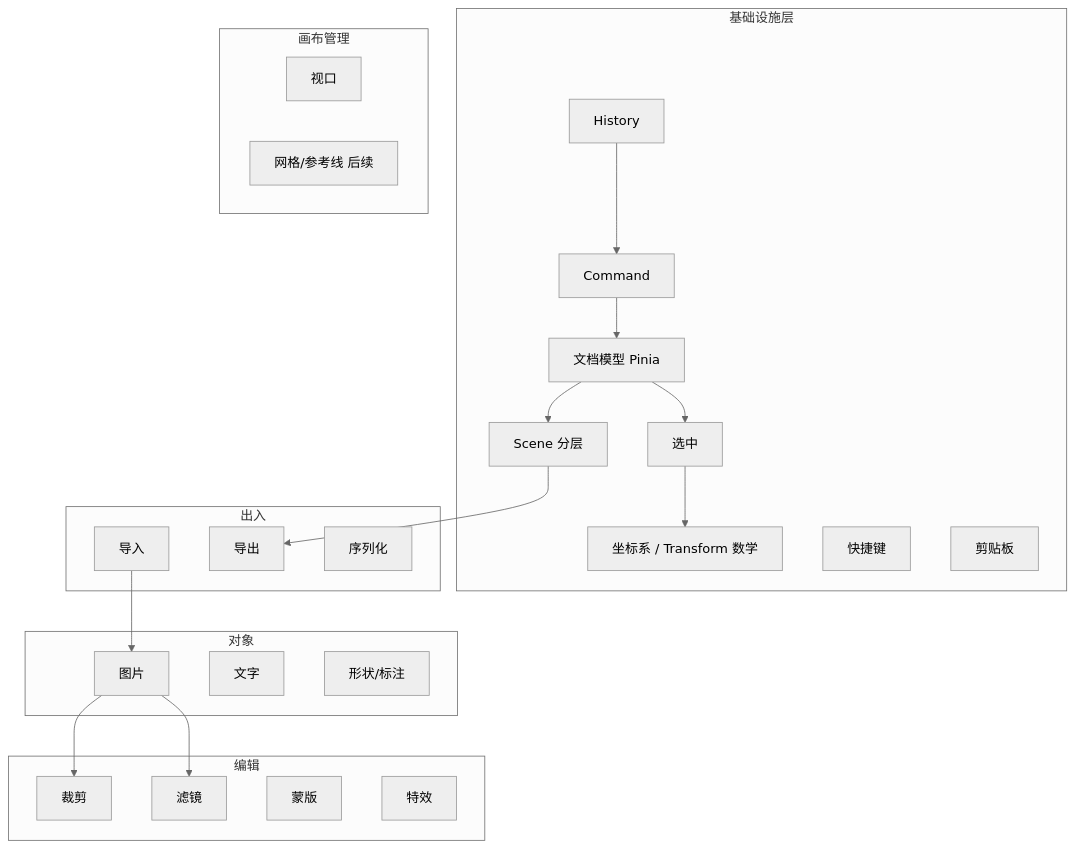
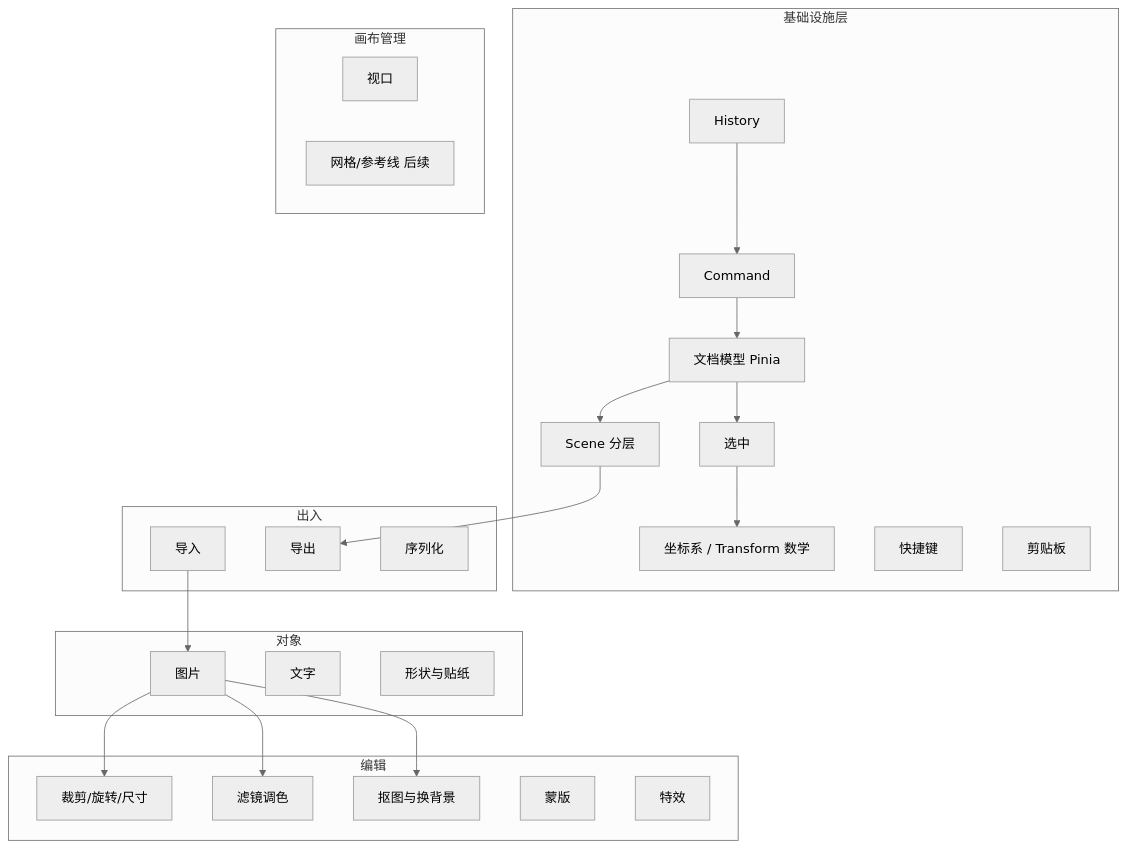
Before and after one commit to Komorisir/vue3-ts-standard-pro: the first of 4 diagrams in docs/product/handbook/03-technical-architecture.md, drawn with Mermaid (neutral theme). The commit also changed 34 other files, not shown here.

````diff
--- a/docs/product/handbook/03-technical-architecture.md
+++ b/docs/product/handbook/03-technical-architecture.md
@@ -9,42 +9,44 @@
 ```mermaid
 flowchart TB
   subgraph infra [基础设施层]
     Doc[文档模型 Pinia]
     Scene[Scene 分层]
     Coord[坐标系 / Transform 数学]
     Sel[选中]
     Cmd[Command]
     Hist[History]
     Kb[快捷键]
     Clip[剪贴板]
   end
   subgraph canvas [画布管理]
     VP[视口]
     Grid[网格/参考线 后续]
   end
   subgraph objects [对象]
     Img[图片]
     Txt[文字]
-    Shp[形状/标注]
+    Shp[形状与贴纸]
   end
   subgraph edit [编辑]
-    Crop[裁剪]
-    Flt[滤镜]
+    Crop[裁剪/旋转/尺寸]
+    Flt[滤镜调色]
+    Cut[抠图与换背景]
     Mask[蒙版]
     Fx[特效]
   end
   subgraph io [出入]
     Imp[导入]
     Exp[导出]
     Save[序列化]
   end
   Doc --> Scene
   Doc --> Sel
   Cmd --> Doc
   Hist --> Cmd
   Imp --> Img
   Sel --> Coord
   Img --> Crop
   Img --> Flt
+  Img --> Cut
   Scene --> Exp
 ```
````
